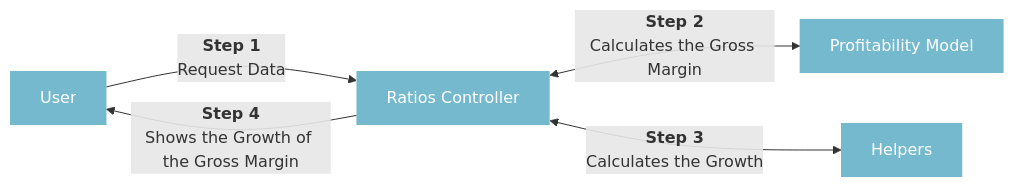
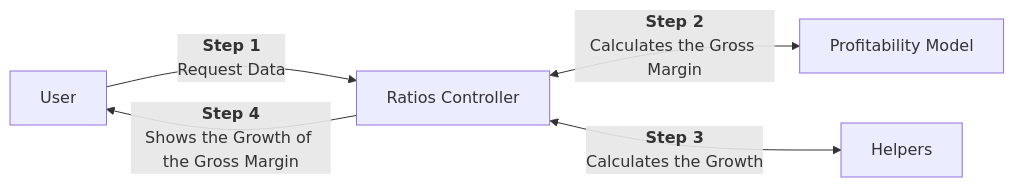
Before and after one commit to JerBouma/jerbouma.github.io: the eighth of 9 diagrams in _pages/coding/structuring-your-model.md, drawn with Mermaid. The commit also changed other lines of this file and 90 other files, not shown here.

```diff
--- a/_pages/coding/structuring-your-model.md
+++ b/_pages/coding/structuring-your-model.md
@@ -266,9 +246,8 @@
 <div class="mermaid">
 flowchart LR;
-classDef boxfont fill:#3b9cba,stroke-width:0px,fill-opacity:0.7,color:white,radius:20px;
 
-Step0["User"]:::boxfont -- <b>Step 1<br></b>Request Data -->  Step4["Ratios Controller"]:::boxfont
-Step4["Ratios Controller"]:::boxfont <-- <b>Step 2<br></b>Calculates the Gross Margin --> Step2["Profitability Model"]:::boxfont
-Step4["Ratios Controller"]:::boxfont <-- <b>Step 3<br></b>Calculates the Growth --> Step3["Helpers"]:::boxfont
-Step4["Ratios Controller"]:::boxfont -- <b>Step 4<br></b>Shows the Growth of the Gross Margin --> Step0["User"]:::boxfont
+Step0["User"] -- <b>Step 1<br></b>Request Data -->  Step4["Ratios Controller"]
+Step4["Ratios Controller"] <-- <b>Step 2<br></b>Calculates the Gross Margin --> Step2["Profitability Model"]
+Step4["Ratios Controller"] <-- <b>Step 3<br></b>Calculates the Growth --> Step3["Helpers"]
+Step4["Ratios Controller"] -- <b>Step 4<br></b>Shows the Growth of the Gross Margin --> Step0["User"]
 </div>
```
